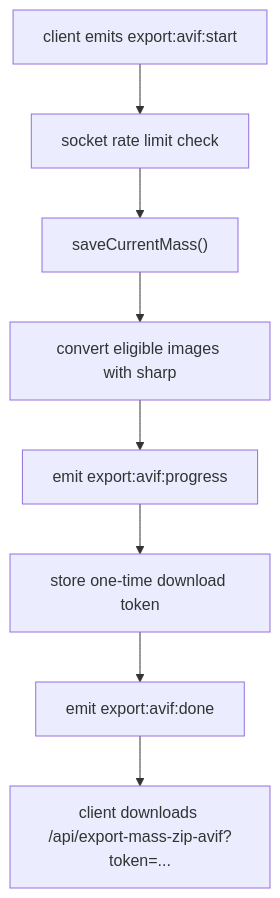
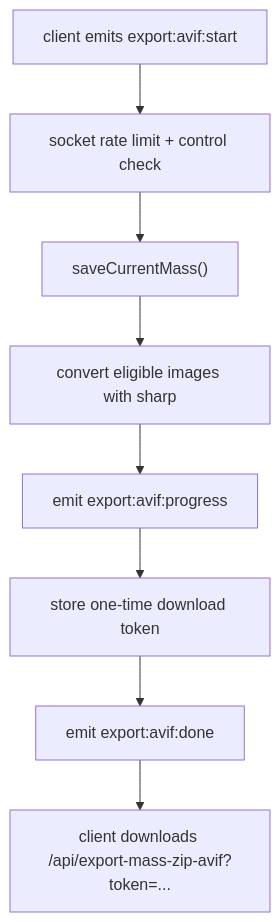
One commit to Saint-Therese-Of-Lisieux-Parish/sacra_lux changed diagram 12 of 15 in docs/workflows.md. Above: the diagram before and after it, drawn with Mermaid. The commit also changed other lines of this file and 17 other files, not shown here.

````diff
--- a/docs/workflows.md
+++ b/docs/workflows.md
@@ -148,10 +220,10 @@
 ```mermaid
 flowchart TD
-    A["client emits export:avif:start"] --> B["socket rate limit check"]
+    A["client emits export:avif:start"] --> B["socket rate limit + control check"]
     B --> C["saveCurrentMass()"]
     C --> D["convert eligible images with sharp"]
     D --> E["emit export:avif:progress"]
     E --> F["store one-time download token"]
     F --> G["emit export:avif:done"]
     G --> H["client downloads /api/export-mass-zip-avif?token=..."]
 ```
````
